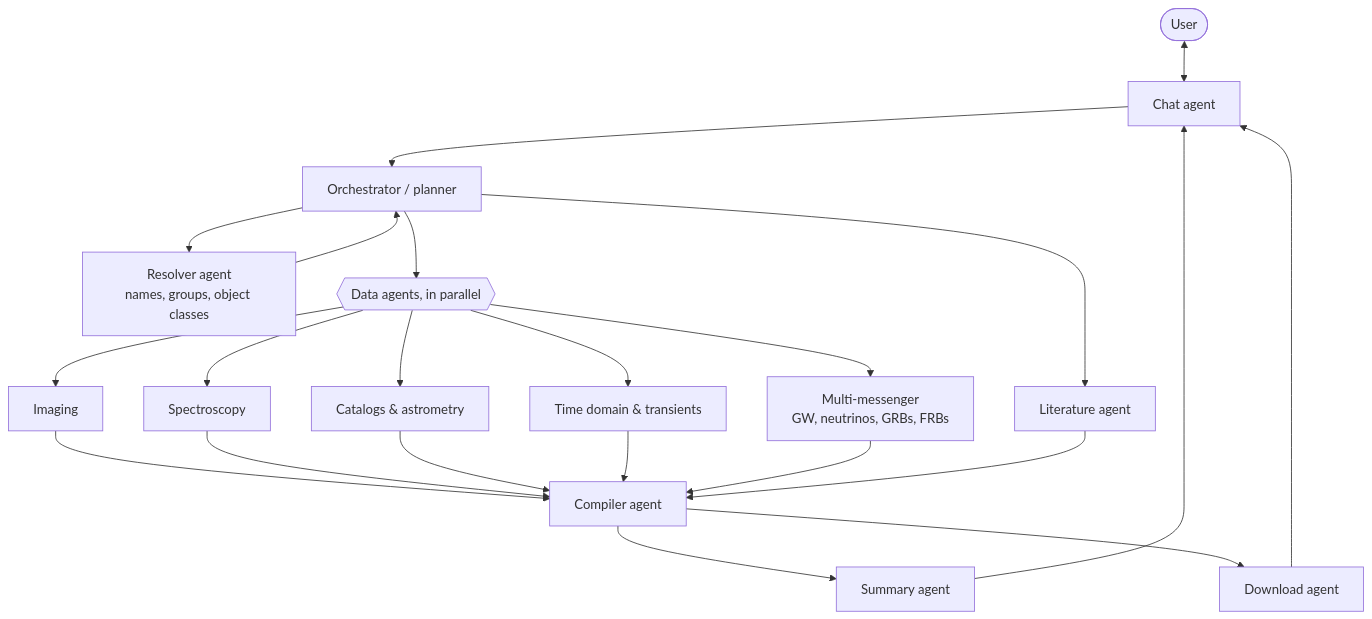
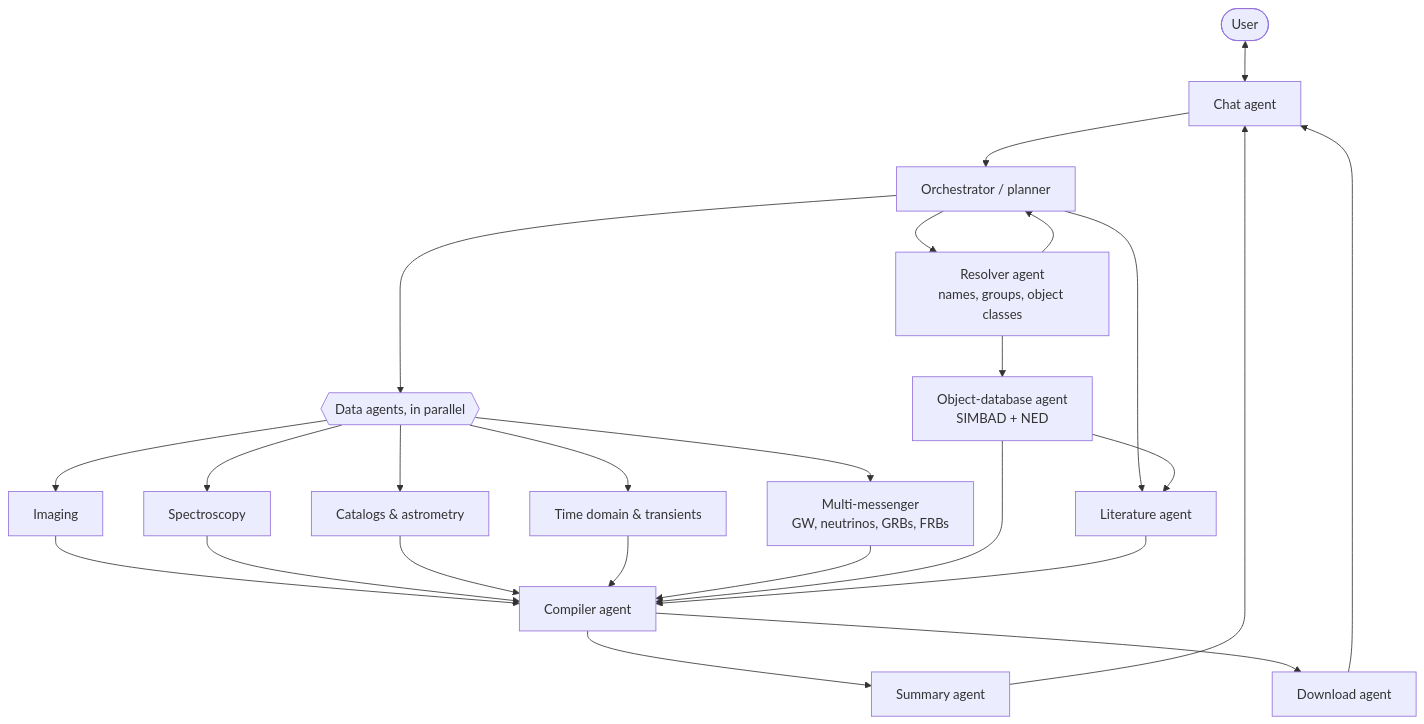
The diagram in README.md (KevinMcK95/scoop), drawn with Mermaid before and after one commit. The commit also changed other lines of this file, not shown here.

First line of the commit message:
README: describe merged SIMBAD + NED object profiles

````diff
--- a/README.md
+++ b/README.md
@@ -186,20 +190,23 @@
 ```mermaid
 flowchart TD
     U([User]) <--> C[Chat agent]
     C --> O[Orchestrator / planner]
     O --> R[Resolver agent<br/>names, groups, object classes]
+    R --> B[Object-database agent<br/>SIMBAD + NED]
     R --> O
     O --> D{{Data agents, in parallel}}
     O --> L[Literature agent]
     D --> I[Imaging]
     D --> S[Spectroscopy]
     D --> K[Catalogs & astrometry]
     D --> T[Time domain & transients]
     D --> M[Multi-messenger<br/>GW, neutrinos, GRBs, FRBs]
     I & S & K & T & M --> X[Compiler agent]
+    B --> X
+    B --> L
     L --> X
     X --> Y[Summary agent]
     X --> DL[Download agent]
     Y --> C
     DL --> C
 ```
````
